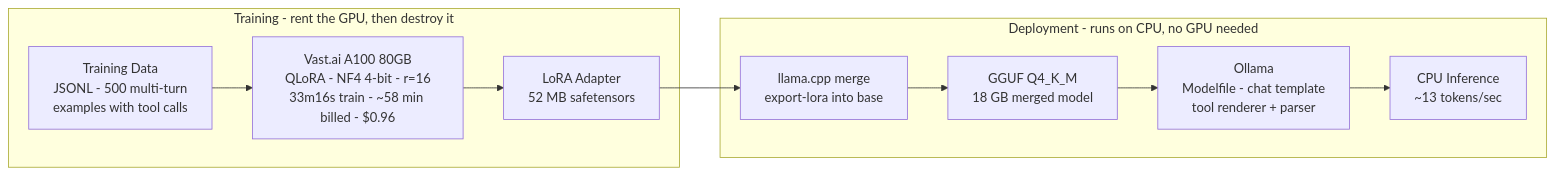
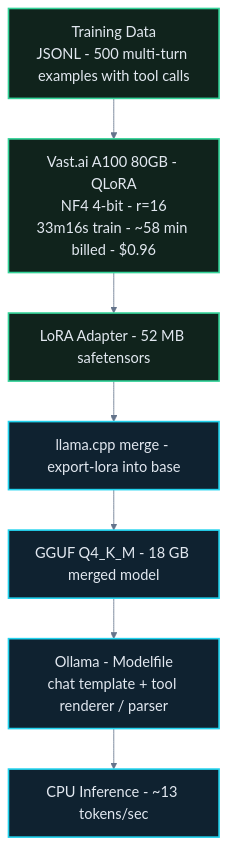
The diagram in README.md (DamianBuilds-ai/fine-tune-30b-for-a-dollar), drawn with Mermaid before and after one commit. The commit also changed other lines of this file and 2 other files, not shown here.

Commit message:
docs: enlarge pipeline diagram and fix hero tile spacing
- Rebuild the Pipeline diagram as a single vertical flow colour-coded by
  phase (green = rented-GPU training, blue = CPU deployment) so it renders
  larger and more readable on GitHub than the wide left-to-right version.
- Tighten the SVG hero stat tiles so "~13 tok/s" clears the right edge.

````diff
--- a/README.md
+++ b/README.md
@@ -23,17 +23,14 @@
 ```mermaid
-flowchart LR
-    subgraph Training["Training  -  rent the GPU, then destroy it"]
-        A["Training Data<br/>JSONL - 500 multi-turn<br/>examples with tool calls"]
-        B["Vast.ai A100 80GB<br/>QLoRA - NF4 4-bit - r=16<br/>33m16s train - ~58 min billed - $0.96"]
-        C["LoRA Adapter<br/>52 MB safetensors"]
-        A --> B --> C
-    end
-    subgraph Deployment["Deployment  -  runs on CPU, no GPU needed"]
-        D["llama.cpp merge<br/>export-lora into base"]
-        E["GGUF Q4_K_M<br/>18 GB merged model"]
-        F["Ollama<br/>Modelfile - chat template<br/>tool renderer + parser"]
-        G["CPU Inference<br/>~13 tokens/sec"]
-        D --> E --> F --> G
-    end
-    C --> D
+%%{init: {'theme':'base','themeVariables':{'fontSize':'18px','lineColor':'#64748b','primaryTextColor':'#e2e8f0','edgeLabelBackground':'#111a2e'}}}%%
+flowchart TB
+    A["Training Data<br/>JSONL - 500 multi-turn examples with tool calls"]:::train
+    B["Vast.ai A100 80GB - QLoRA<br/>NF4 4-bit - r=16<br/>33m16s train - ~58 min billed - $0.96"]:::train
+    C["LoRA Adapter - 52 MB safetensors"]:::train
+    D["llama.cpp merge - export-lora into base"]:::deploy
+    E["GGUF Q4_K_M - 18 GB merged model"]:::deploy
+    F["Ollama - Modelfile<br/>chat template + tool renderer / parser"]:::deploy
+    G["CPU Inference - ~13 tokens/sec"]:::deploy
+    A --> B --> C --> D --> E --> F --> G
+    classDef train fill:#10231c,stroke:#34d399,stroke-width:2px,color:#e2e8f0
+    classDef deploy fill:#0f2230,stroke:#22d3ee,stroke-width:2px,color:#e2e8f0
 ```
````
